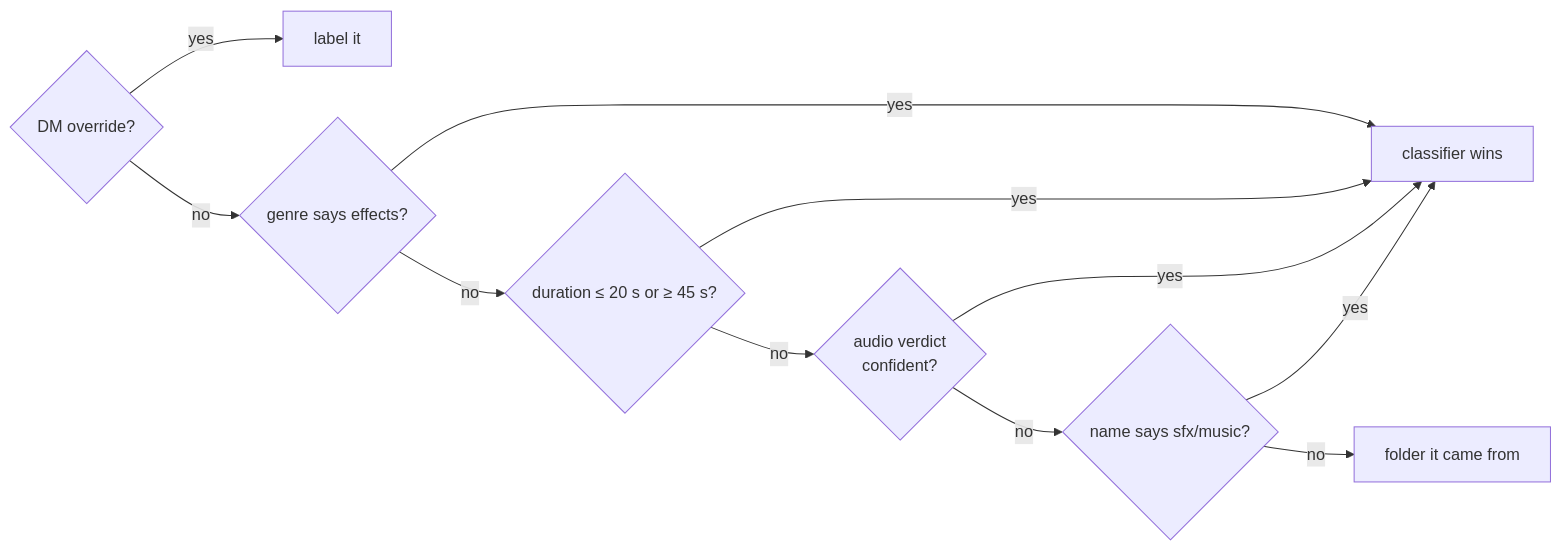
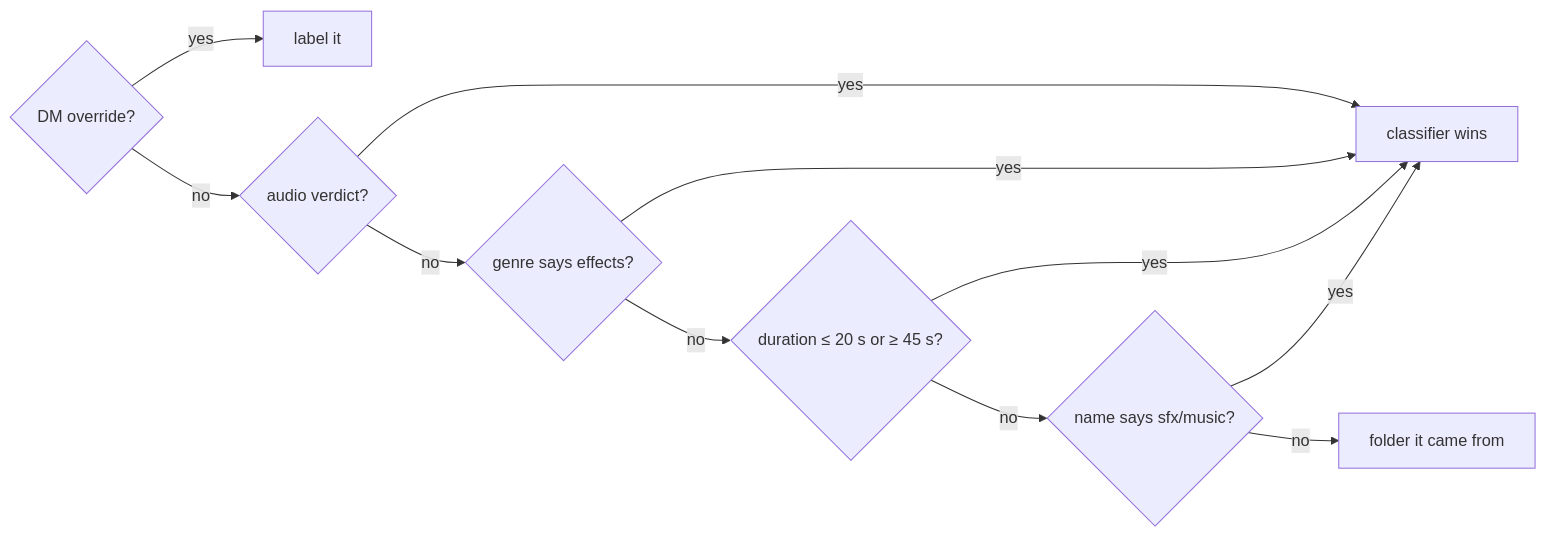
Before and after one commit to CodeAndJam/doty: the fifth of 6 diagrams in docs/ARCHITECTURE.md, drawn with Mermaid. The commit also changed 7 other files, not shown here.

First line of the commit message:
feat(lane): decide music from the audio embedding, not duration

````diff
--- a/docs/ARCHITECTURE.md
+++ b/docs/ARCHITECTURE.md
@@ -199,13 +199,13 @@
 ```mermaid
 flowchart LR
   O{DM override?} -->|yes| OL[label it]
-  O -->|no| G{genre says effects?}
-  G -->|yes| CL[classifier wins]
+  O -->|no| A{audio verdict?}
+  A -->|yes| CL[classifier wins]
+  A -->|no| G{genre says effects?}
+  G -->|yes| CL
   G -->|no| C{duration ≤ 20 s or ≥ 45 s?}
   C -->|yes| CL
-  C -->|no| A{audio verdict<br/>confident?}
-  A -->|yes| CL
-  A -->|no| N{name says sfx/music?}
+  C -->|no| N{name says sfx/music?}
   N -->|yes| CL
   N -->|no| F[folder it came from]
 ```
````
